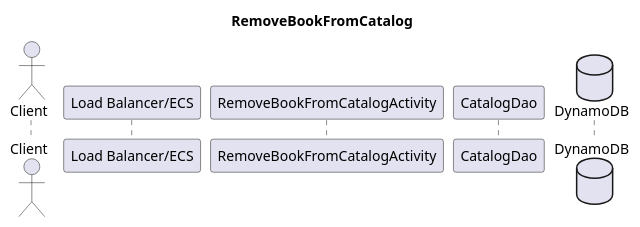
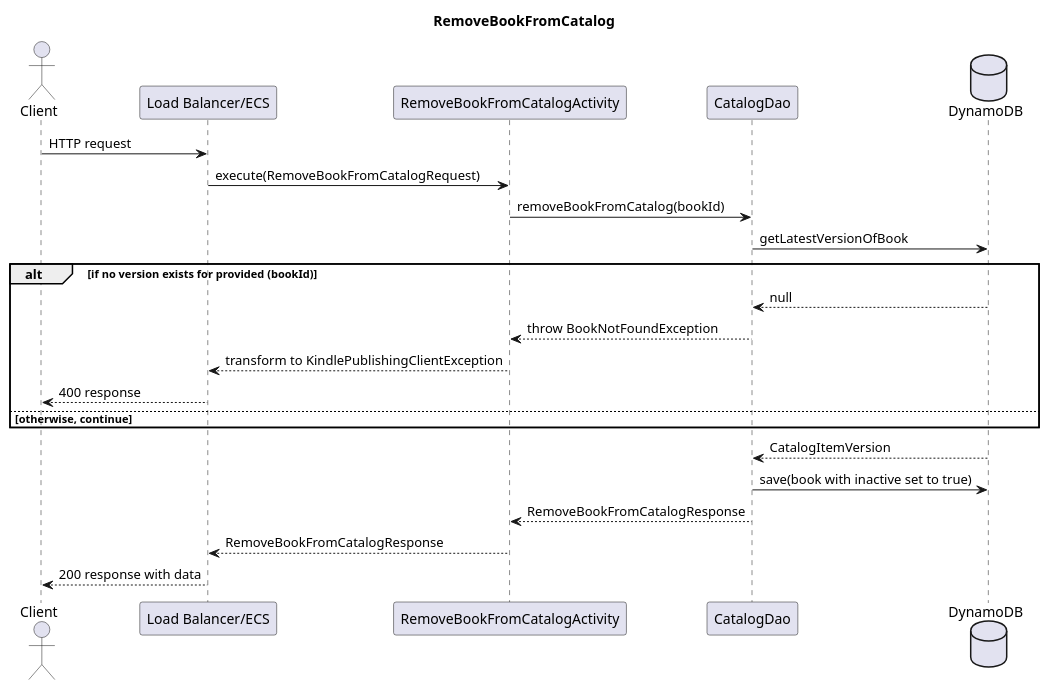
The diagram in src/resources/mastery-task1-remove-book-SD.puml (infomanc3r/Kindle-Publishing-Service), drawn with PlantUML before and after one commit. The commit also changed 4 other files, not shown here.

Commit message:
Class/sequence diagrams complete. ALL Mastery Task 1 tests passing!

```diff
--- a/src/resources/mastery-task1-remove-book-SD.puml
+++ b/src/resources/mastery-task1-remove-book-SD.puml
@@ -1,18 +1,29 @@
 @startuml
 title RemoveBookFromCatalog
 
 actor Client
 participant "Load Balancer/ECS" as LoadBalancerECS
 participant RemoveBookFromCatalogActivity
 participant CatalogDao
 database DynamoDB
 
+Client -> LoadBalancerECS : HTTP request
+LoadBalancerECS -> RemoveBookFromCatalogActivity : execute(RemoveBookFromCatalogRequest)
+RemoveBookFromCatalogActivity -> CatalogDao : removeBookFromCatalog(bookId)
+CatalogDao -> DynamoDB : getLatestVersionOfBook
 
+alt if no version exists for provided (bookId)
+    CatalogDao <-- DynamoDB : null
+    RemoveBookFromCatalogActivity <-- CatalogDao : throw BookNotFoundException
+    LoadBalancerECS <-- RemoveBookFromCatalogActivity : transform to KindlePublishingClientException
+    Client <-- LoadBalancerECS : 400 response
+else otherwise, continue
+end
 
-
-
-
-
-
+CatalogDao <-- DynamoDB : CatalogItemVersion
+CatalogDao -> DynamoDB : save(book with inactive set to true)
+RemoveBookFromCatalogActivity <-- CatalogDao : RemoveBookFromCatalogResponse
+LoadBalancerECS <-- RemoveBookFromCatalogActivity : RemoveBookFromCatalogResponse
+Client <-- LoadBalancerECS : 200 response with data
 
 @enduml
```
